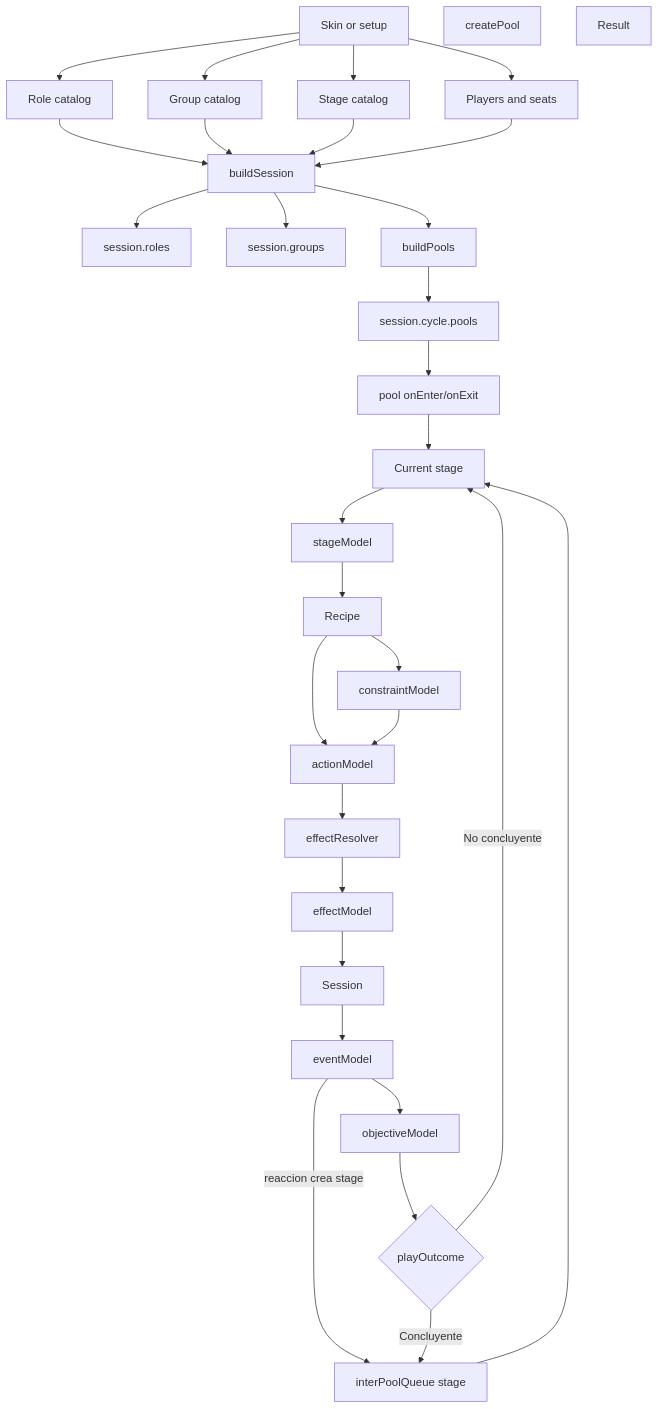
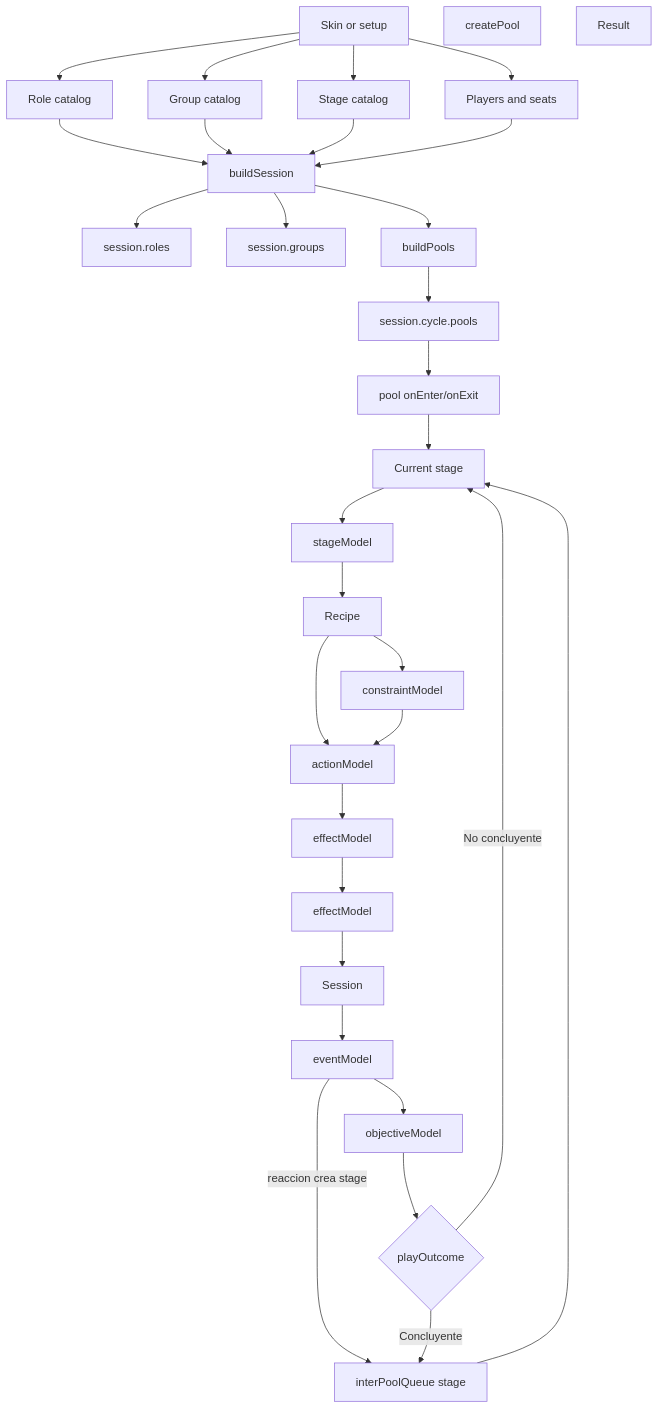
One commit to juanramonmorandeira/castronegro-director changed the first of 14 diagrams in docs/engine_flow_map.md. Above: the diagram before and after it, drawn with Mermaid. The commit also changed other lines of this file and 9 other files, not shown here.

Commit message:
Consolidate effect resolution in effect model

````diff
--- a/docs/engine_flow_map.md
+++ b/docs/engine_flow_map.md
@@ -14,58 +14,58 @@
 ```mermaid
 flowchart TD
   Skin[Skin or setup]
   RoleCatalog[Role catalog]
   GroupCatalog[Group catalog]
   StageCatalog[Stage catalog]
   Players[Players and seats]
   BuildSession[buildSession]
   RoleStates[session.roles]
   GroupStates[session.groups]
   BuildPools[buildPools]
   CreatePool[createPool]
   CyclePools[session.cycle.pools]
   PoolLifecycle[pool onEnter/onExit]
   CurrentStage[Current stage]
   StageModel[stageModel]
   Recipe[Recipe]
   Constraint[constraintModel]
   Action[actionModel]
-  Resolver[effectResolver]
+  Resolver[effectModel]
   Effect[effectModel]
   Session[Session]
   Objectives[objectiveModel]
   PlayOutcome{playOutcome}
   Event[eventModel]
   InterPoolStage[interPoolQueue stage]
   Result[Result]
 
   Skin --> RoleCatalog
   Skin --> GroupCatalog
   Skin --> StageCatalog
   Skin --> Players
   RoleCatalog --> BuildSession
   GroupCatalog --> BuildSession
   StageCatalog --> BuildSession
   Players --> BuildSession
   BuildSession --> RoleStates
   BuildSession --> GroupStates
   BuildSession --> BuildPools
   BuildPools --> CyclePools
   CyclePools --> PoolLifecycle
   PoolLifecycle --> CurrentStage
   CurrentStage --> StageModel
   StageModel --> Recipe
   Recipe --> Constraint
   Recipe --> Action
   Constraint --> Action
   Action --> Resolver
   Resolver --> Effect
   Effect --> Session
   Session --> Event
   Event -->|reaccion crea stage| InterPoolStage
   InterPoolStage --> CurrentStage
   Event --> Objectives
   Objectives --> PlayOutcome
   PlayOutcome -->|No concluyente| CurrentStage
   PlayOutcome -->|Concluyente| InterPoolStage
 ```
````
